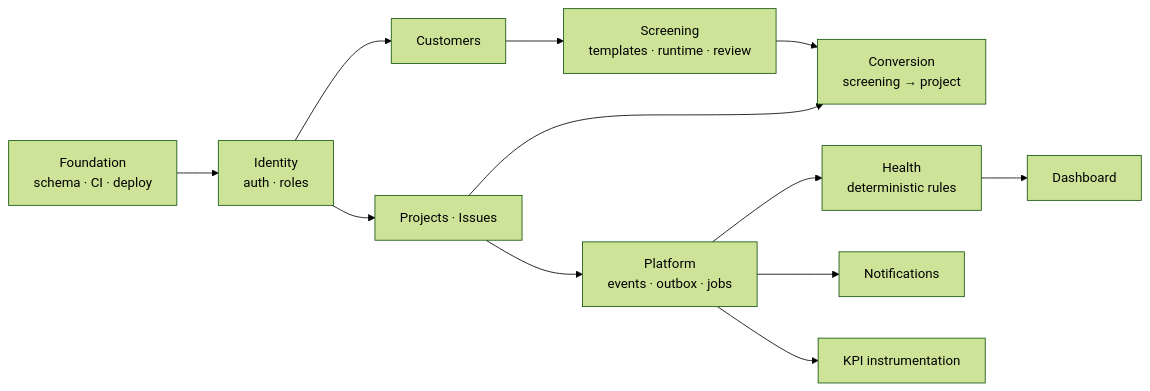
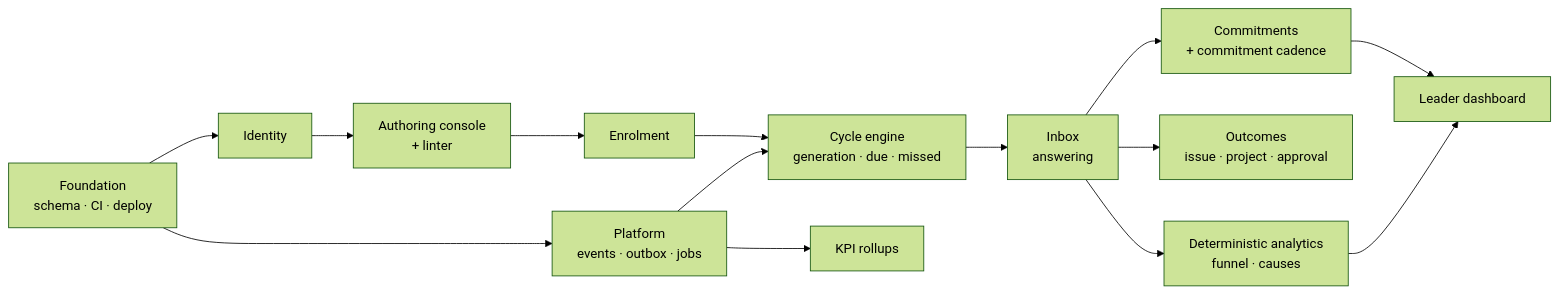
The diagram in docs/11-phase-1-mvp.md (oasys-lightrees/MESSI), drawn with Mermaid (forest theme) before and after one commit. The commit also changed other lines of this file and 6 other files, not shown here.

````diff
--- a/docs/11-phase-1-mvp.md
+++ b/docs/11-phase-1-mvp.md
@@ -31,14 +36,16 @@
 ```mermaid
 graph LR
-    F[Foundation<br/>schema · CI · deploy] --> I[Identity<br/>auth · roles]
-    I --> C[Customers]
-    I --> PJ[Projects · Issues]
-    C --> SC[Screening<br/>templates · runtime · review]
-    SC --> CV[Conversion<br/>screening → project]
-    PJ --> CV
-    PJ --> PL[Platform<br/>events · outbox · jobs]
-    PL --> H[Health<br/>deterministic rules]
-    H --> D[Dashboard]
-    PL --> N[Notifications]
-    PL --> K[KPI instrumentation]
+    F["Foundation<br/>schema · CI · deploy"] --> I["Identity"]
+    I --> AC["Authoring console<br/>+ linter"]
+    AC --> EN["Enrolment"]
+    EN --> CE["Cycle engine<br/>generation · due · missed"]
+    CE --> IN["Inbox<br/>answering"]
+    IN --> CM["Commitments<br/>+ commitment cadence"]
+    IN --> OU["Outcomes<br/>issue · project · approval"]
+    CM --> LD["Leader dashboard"]
+    IN --> AN["Deterministic analytics<br/>funnel · causes"]
+    AN --> LD
+    F --> PL["Platform<br/>events · outbox · jobs"]
+    PL --> CE
+    PL --> K["KPI rollups"]
 ```
````
